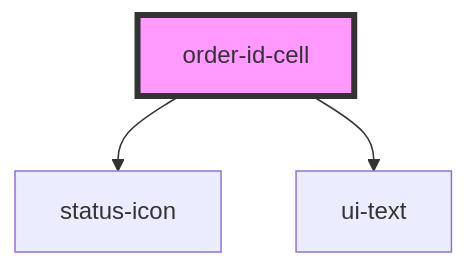
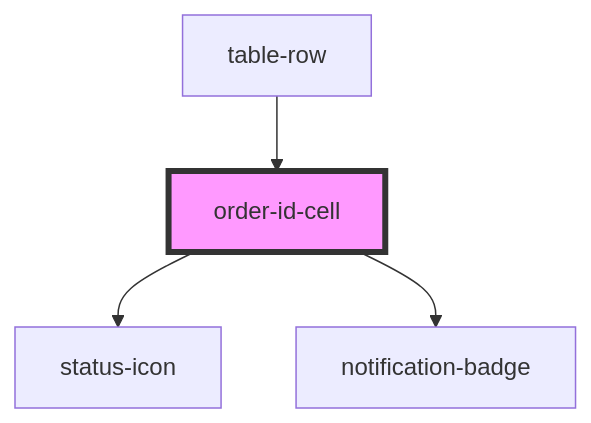
The diagram in core/ui-library/src/components/molecules/order-id-cell/readme.md (lvelitoruiz/mfl-boilerplate), drawn with Mermaid before and after one commit. The commit also changed other lines of this file and 45 other files, not shown here.

First line of the commit message:
Add notification badge to order-id-cell and fix layout issues

````diff
--- a/core/ui-library/src/components/molecules/order-id-cell/readme.md
+++ b/core/ui-library/src/components/molecules/order-id-cell/readme.md
@@ -27,6 +38,7 @@
 ```mermaid
 graph TD;
   order-id-cell --> status-icon
-  order-id-cell --> ui-text
+  order-id-cell --> notification-badge
+  table-row --> order-id-cell
   style order-id-cell fill:#f9f,stroke:#333,stroke-width:4px
 ```
````
